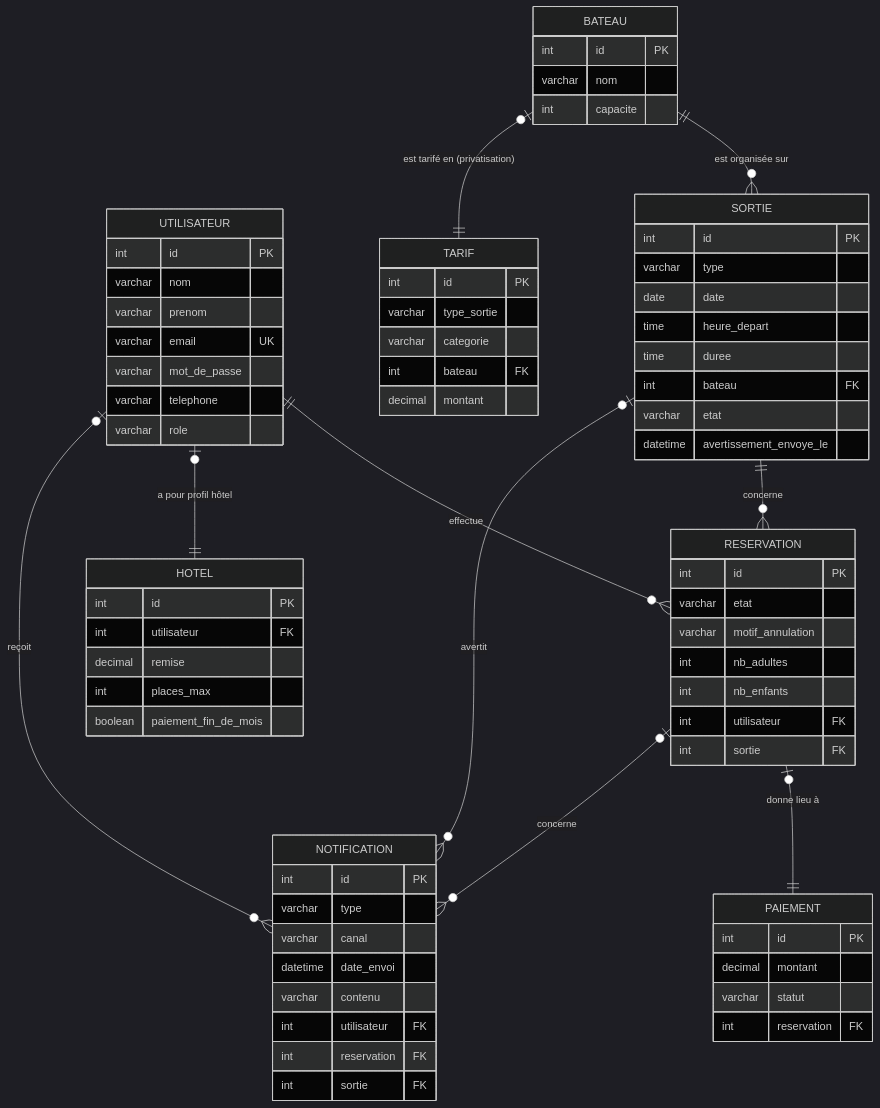
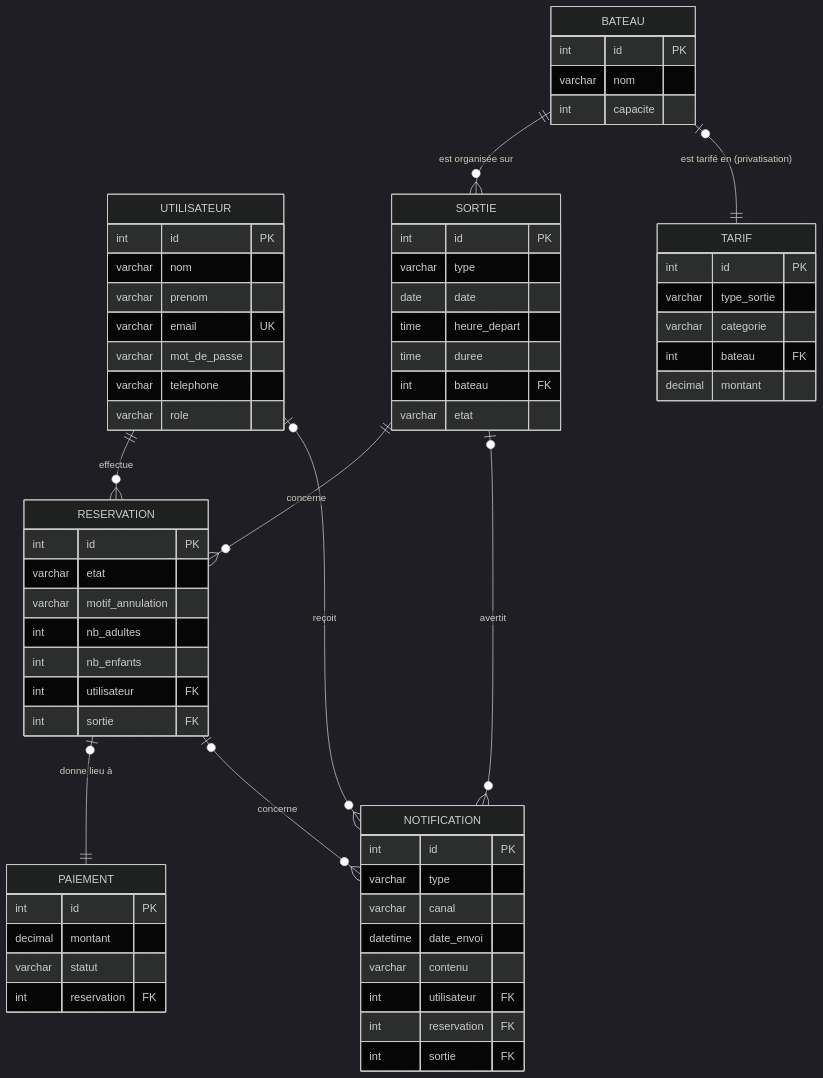
The diagram in docs/mcd/mcd-V2.md (MichelSimonin/Tibaleine), drawn with Mermaid (dark theme) before and after one commit. The commit also changed other lines of this file and 2 other files, not shown here.

````diff
--- a/docs/mcd/mcd-V2.md
+++ b/docs/mcd/mcd-V2.md
@@ -186,76 +168,67 @@
 ```mermaid
 erDiagram
     UTILISATEUR {
         int id PK
         varchar nom
         varchar prenom
         varchar email UK
         varchar mot_de_passe
         varchar telephone
         varchar role
     }
     BATEAU {
         int id PK
         varchar nom
         int capacite
     }
     SORTIE {
         int id PK
         varchar type
         date date
         time heure_depart
         time duree
         int bateau FK
         varchar etat
-        datetime avertissement_envoye_le
     }
     RESERVATION {
         int id PK
         varchar etat
         varchar motif_annulation
         int nb_adultes
         int nb_enfants
         int utilisateur FK
         int sortie FK
     }
     PAIEMENT {
         int id PK
         decimal montant
         varchar statut
         int reservation FK
     }
     TARIF {
         int id PK
         varchar type_sortie
         varchar categorie
         int bateau FK
         decimal montant
     }
-    HOTEL {
-        int id PK
-        int utilisateur FK
-        decimal remise
-        int places_max
-        boolean paiement_fin_de_mois
-    }
     NOTIFICATION {
         int id PK
         varchar type
         varchar canal
         datetime date_envoi
         varchar contenu
         int utilisateur FK
         int reservation FK
         int sortie FK
     }
 
     UTILISATEUR ||--o{ RESERVATION : "effectue"
     SORTIE ||--o{ RESERVATION : "concerne"
     BATEAU ||--o{ SORTIE : "est organisée sur"
     RESERVATION |o--|| PAIEMENT : "donne lieu à"
     BATEAU |o--|| TARIF : "est tarifé en (privatisation)"
-    UTILISATEUR |o--|| HOTEL : "a pour profil hôtel"
     UTILISATEUR o|--o{ NOTIFICATION : "reçoit"
     RESERVATION o|--o{ NOTIFICATION : "concerne"
     SORTIE o|--o{ NOTIFICATION : "avertit"
 ```
````
